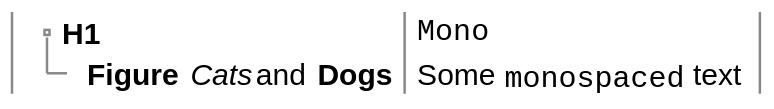
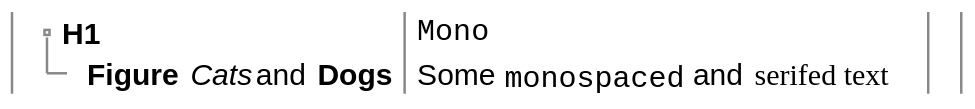
The first of 2 diagrams in testing-figures.adoc (petervwyatt/mn-playground), drawn with PlantUML before and after one commit.

Commit message:
PlantUML will now include serif font so add for testing

```diff
--- a/testing-figures.adoc
+++ b/testing-figures.adoc
@@ -6,13 +6,13 @@
 [plantuml,target="PlantUMLTest",format=svg,alt="Plantuml attribute alt text"]
 ....
 @startsalt
 scale 2
 skinparam lengthAdjust none
 {
   {T!
-    ++ <b>H1</b> | <font:monospaced>Mono</font>
-    +++ <b>Figure</b> //Cats// and **Dogs** | Some ""monospaced"" text 
+    ++ <b>H1</b> | <font:monospaced>Mono</font> | .
+    +++ <b>Figure</b> //Cats// and **Dogs** | Some ""monospaced"" and <font:serif>serifed text<font:sans-serif> | .
   }
 }
 @endsalt
 ....
```
